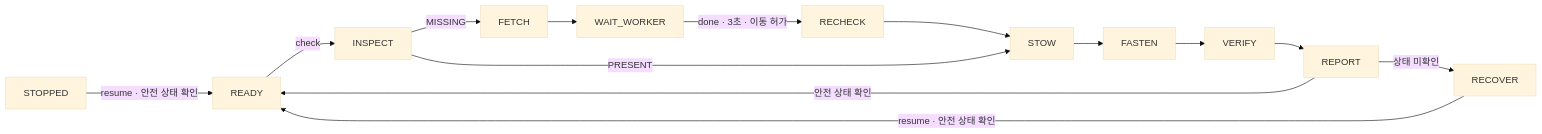
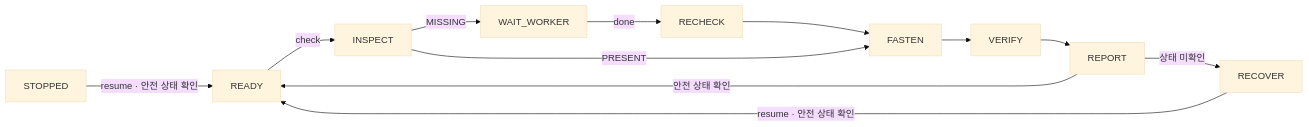
The second of 2 diagrams in docs/ARCHITECTURE.md (CHOI-510/rokey10_b1_2nd_core), drawn with Mermaid (base theme) before and after one commit. The commit also changed other lines of this file and 18 other files, not shown here.

````diff
--- a/docs/ARCHITECTURE.md
+++ b/docs/ARCHITECTURE.md
@@ -35,11 +35,11 @@
 ```mermaid
 flowchart LR
     READY -->|check| INSPECT
-    INSPECT -->|MISSING| FETCH --> WAIT_WORKER
-    WAIT_WORKER -->|done · 3초 · 이동 허가| RECHECK --> STOW
-    INSPECT -->|PRESENT| STOW
-    STOW --> FASTEN --> VERIFY --> REPORT
+    INSPECT -->|MISSING| WAIT_WORKER
+    WAIT_WORKER -->|done| RECHECK --> FASTEN
+    INSPECT -->|PRESENT| FASTEN
+    FASTEN --> VERIFY --> REPORT
     REPORT -->|안전 상태 확인| READY
     REPORT -->|상태 미확인| RECOVER -->|resume · 안전 상태 확인| READY
     STOPPED -->|resume · 안전 상태 확인| READY
 ```
````
